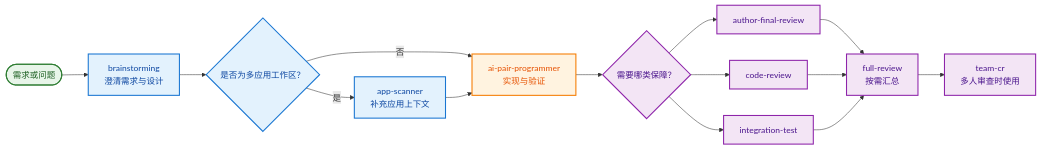
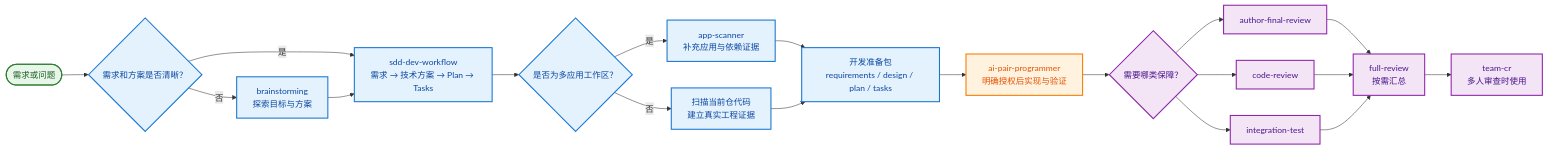
One commit to u7-u7/dev-skills changed the first of 4 diagrams in README.md. Above: the diagram before and after it, drawn with Mermaid. The commit also changed other lines of this file and 25 other files, not shown here.

First line of the commit message:
feat(skills): add SDD workflow and usage dashboard

````diff
--- a/README.md
+++ b/README.md
@@ -25,25 +32,30 @@
 ```mermaid
 flowchart LR
-    IDEA(["需求或问题"]) --> DESIGN["brainstorming<br/>澄清需求与设计"]
-    DESIGN --> CONTEXT{"是否为多应用工作区？"}
-    CONTEXT -- 是 --> SCAN["app-scanner<br/>补充应用上下文"]
-    CONTEXT -- 否 --> BUILD["ai-pair-programmer<br/>实现与验证"]
-    SCAN --> BUILD
+    IDEA(["需求或问题"]) --> DISCOVERY{"需求和方案是否清晰？"}
+    DISCOVERY -- 否 --> DESIGN["brainstorming<br/>探索目标与方案"]
+    DISCOVERY -- 是 --> SDD["sdd-dev-workflow<br/>需求 → 技术方案 → Plan → Tasks"]
+    DESIGN --> SDD
+    SDD --> CONTEXT{"是否为多应用工作区？"}
+    CONTEXT -- 是 --> SCAN["app-scanner<br/>补充应用与依赖证据"]
+    CONTEXT -- 否 --> EVIDENCE["扫描当前仓代码<br/>建立真实工程证据"]
+    SCAN --> READY["开发准备包<br/>requirements / design / plan / tasks"]
+    EVIDENCE --> READY
+    READY --> BUILD["ai-pair-programmer<br/>明确授权后实现与验证"]
     BUILD --> REVIEW{"需要哪类保障？"}
     REVIEW --> AUTHOR["author-final-review"]
     REVIEW --> CODE["code-review"]
     REVIEW --> TEST["integration-test"]
     AUTHOR --> REPORT["full-review<br/>按需汇总"]
     CODE --> REPORT
     TEST --> REPORT
     REPORT --> TEAM["team-cr<br/>多人审查时使用"]
 
     classDef start fill:#E8F5E9,stroke:#2E7D32,color:#1B5E20,stroke-width:2px;
     classDef design fill:#E3F2FD,stroke:#1976D2,color:#0D47A1,stroke-width:2px;
     classDef build fill:#FFF3E0,stroke:#F57C00,color:#E65100,stroke-width:2px;
     classDef review fill:#F3E5F5,stroke:#8E24AA,color:#4A148C,stroke-width:2px;
     class IDEA start;
-    class DESIGN,CONTEXT,SCAN design;
+    class DISCOVERY,DESIGN,SDD,CONTEXT,SCAN,EVIDENCE,READY design;
     class BUILD build;
     class REVIEW,AUTHOR,CODE,TEST,REPORT,TEAM review;
 ```
````
